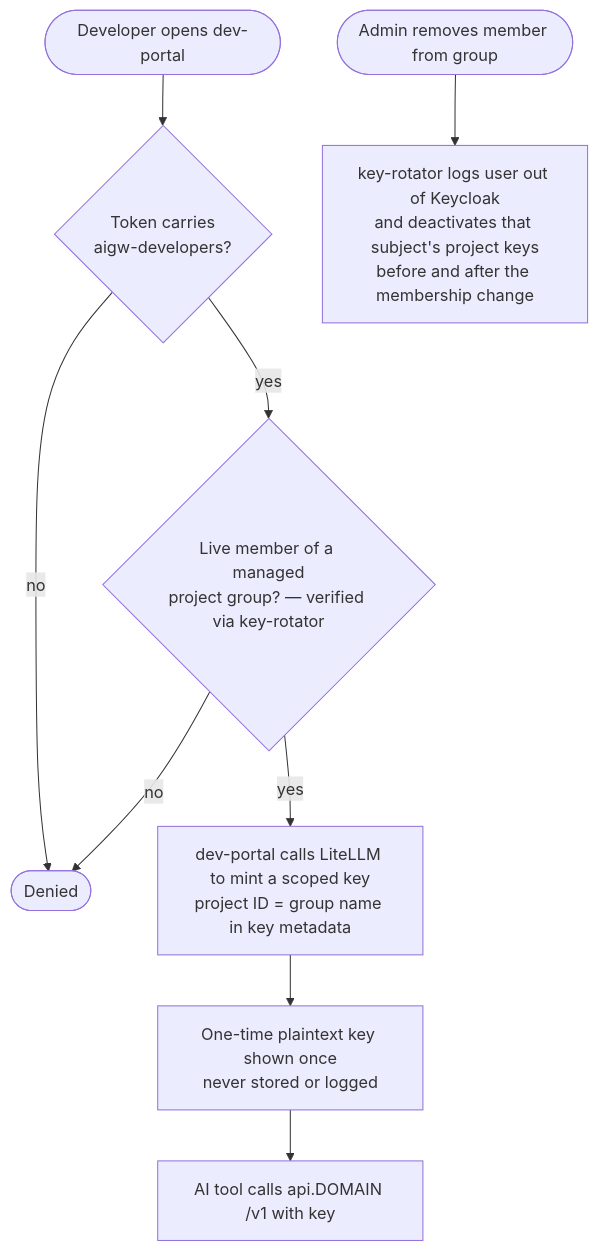
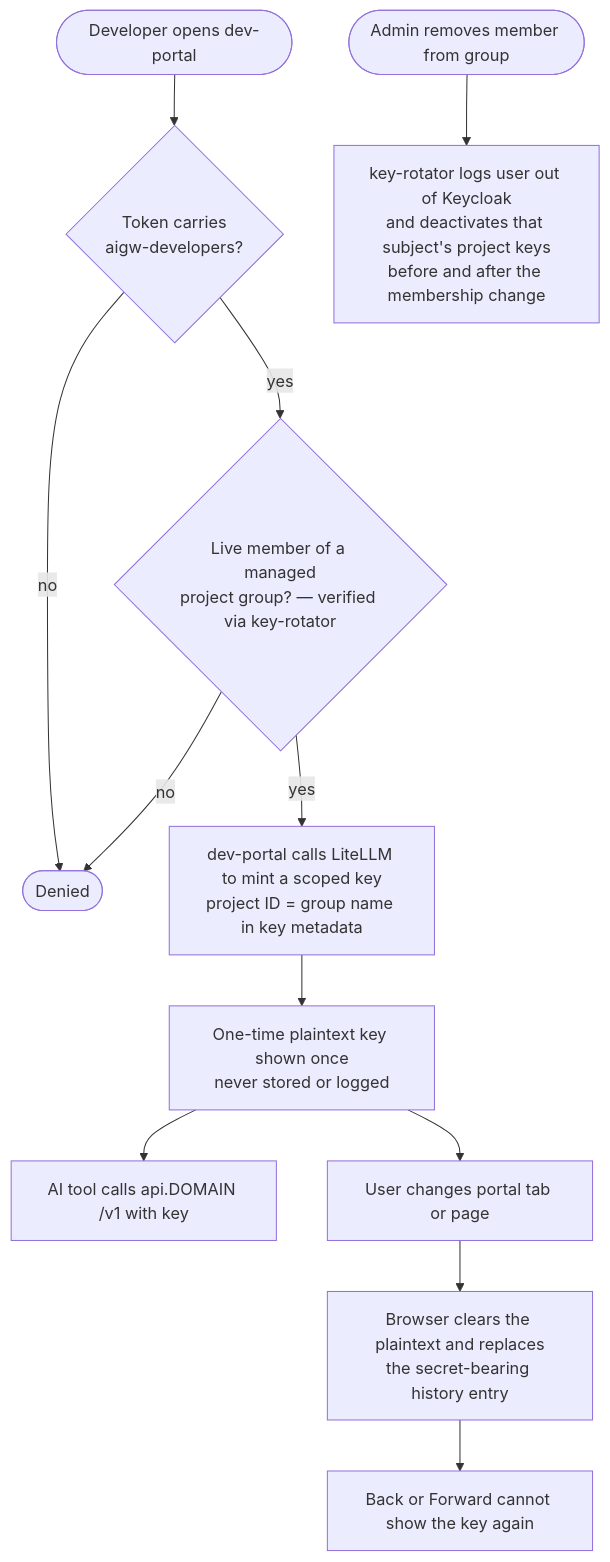
One commit to derhornspieler/ai-gateway changed the sixth of 17 diagrams in docs/architecture-diagrams.md. Above: the diagram before and after it, drawn with Mermaid. The commit also changed other lines of this file and 169 other files, not shown here.

````diff
--- a/docs/architecture-diagrams.md
+++ b/docs/architecture-diagrams.md
@@ -234,11 +237,14 @@
 ```mermaid
 flowchart TD
   S([Developer opens dev-portal]) --> AUTHZ{Token carries<br/>aigw-developers?}
   AUTHZ -- no --> DENY([Denied])
   AUTHZ -- yes --> PROJ{Live member of a managed<br/>project group? — verified via key-rotator}
   PROJ -- no --> DENY
   PROJ -- yes --> MINT[dev-portal calls LiteLLM to mint a scoped key<br/>project ID = group name in key metadata]
   MINT --> SHOW[One-time plaintext key shown once<br/>never stored or logged]
   SHOW --> USE[AI tool calls api.DOMAIN /v1 with key]
+  SHOW --> LEAVE[User changes portal tab or page]
+  LEAVE --> ERASE[Browser clears the plaintext and replaces<br/>the secret-bearing history entry]
+  ERASE --> BACK[Back or Forward cannot show the key again]
   REM([Admin removes member from group]) --> KILL[key-rotator logs user out of Keycloak<br/>and deactivates that subject's project keys<br/>before and after the membership change]
 ```
````
